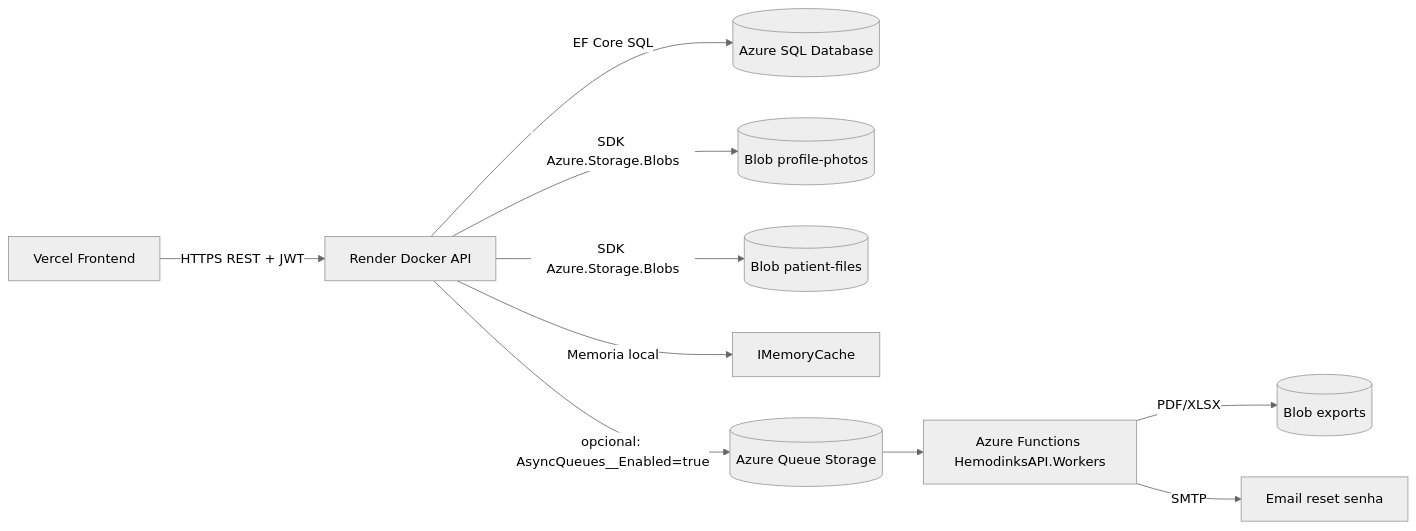
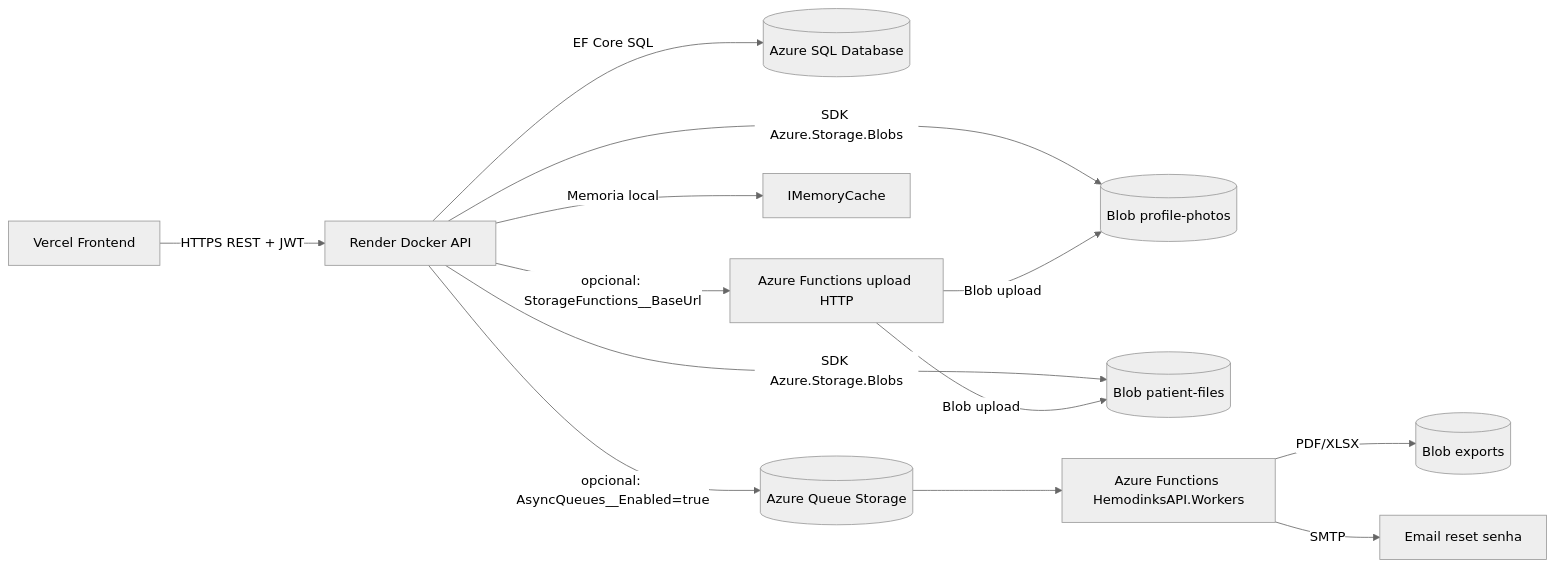
The eighth of 8 diagrams in docs/TECHNICAL_DOCUMENTATION.md (Hemodinks/hemodinks-api), drawn with Mermaid (neutral theme) before and after one commit. The commit also changed other lines of this file and 19 other files, not shown here.

````diff
--- a/docs/TECHNICAL_DOCUMENTATION.md
+++ b/docs/TECHNICAL_DOCUMENTATION.md
@@ -237,12 +237,15 @@
 ```mermaid
 flowchart LR
     Front[Vercel Frontend] -->|HTTPS REST + JWT| API[Render Docker API]
     API -->|EF Core SQL| AzureSql[(Azure SQL Database)]
     API -->|SDK Azure.Storage.Blobs| Photos[(Blob profile-photos)]
     API -->|SDK Azure.Storage.Blobs| Files[(Blob patient-files)]
+    API -->|opcional: StorageFunctions__BaseUrl| UploadFunctions[Azure Functions upload HTTP]
     API -->|Memoria local| CbhpmCache[IMemoryCache]
     API -->|opcional: AsyncQueues__Enabled=true| Queue[(Azure Queue Storage)]
     Queue --> Functions[Azure Functions HemodinksAPI.Workers]
+    UploadFunctions -->|Blob upload| Photos
+    UploadFunctions -->|Blob upload| Files
     Functions -->|PDF/XLSX| ExportBlob[(Blob exports)]
     Functions -->|SMTP| Email[Email reset senha]
 ```
````
